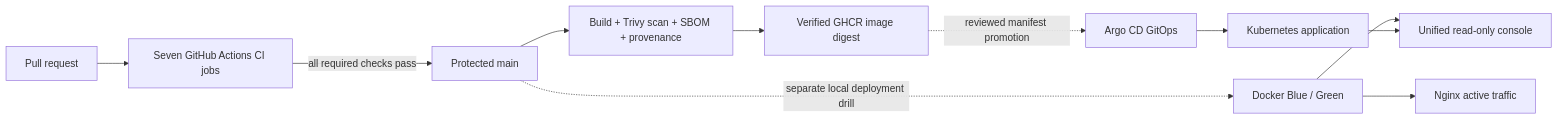
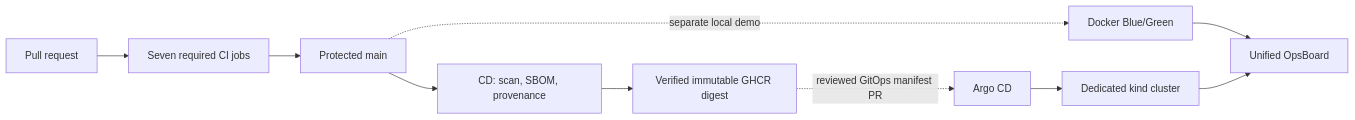
One commit to Mishkaaass/ci-cd-lab changed the first of 3 diagrams in README.md. Above: the diagram before and after it, drawn with Mermaid. The commit also changed other lines of this file and 9 other files, not shown here.

````diff
--- a/README.md
+++ b/README.md
@@ -32,13 +49,12 @@
 ```mermaid
 flowchart LR
-  Dev["Pull request"] --> CI["Seven GitHub Actions CI jobs"]
-  CI -->|all required checks pass| Main["Protected main"]
-  Main --> CD["Build + Trivy scan + SBOM + provenance"]
-  CD --> GHCR["Verified GHCR image digest"]
-  GHCR -.->|reviewed manifest promotion| Argo["Argo CD GitOps"]
-  Argo --> K8s["Kubernetes application"]
-  Main -.->|separate local deployment drill| Docker["Docker Blue / Green"]
-  Docker --> Nginx["Nginx active traffic"]
-  Docker --> Console["Unified read-only console"]
+  PR[Pull request] --> CI[Seven required CI jobs]
+  CI --> Main[Protected main]
+  Main --> CD[CD: scan, SBOM, provenance]
+  CD --> GHCR[Verified immutable GHCR digest]
+  GHCR -.->|reviewed GitOps manifest PR| Argo[Argo CD]
+  Argo --> K8s[Dedicated kind cluster]
+  Main -.->|separate local demo| Docker[Docker Blue/Green]
+  Docker --> Console[Unified OpsBoard]
   K8s --> Console
 ```
````
